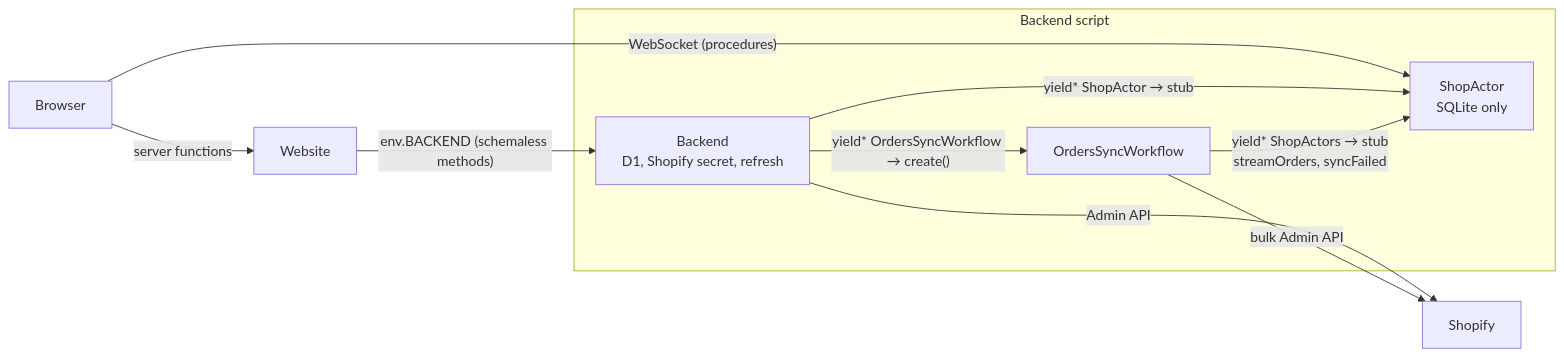
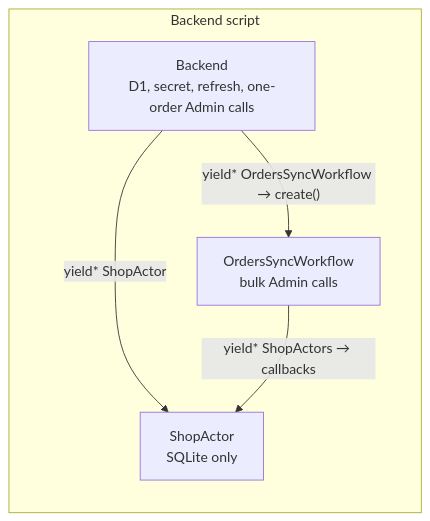
One commit to mw10013/alchemy-sandbox1 changed the third of 6 diagrams in docs/actor-workflow-wiring-research.md. Above: the diagram before and after it, drawn with Mermaid. The commit also changed other lines of this file, not shown here.

Commit message:
Rewrite the actor and Workflow wiring research from Alchemy's model

````diff
--- a/docs/actor-workflow-wiring-research.md
+++ b/docs/actor-workflow-wiring-research.md
@@ -78,16 +93,11 @@
 ```mermaid
 flowchart LR
-  B["Browser"] -- "server functions" --> WS["Website"]
-  B -- "WebSocket (procedures)" --> A
-  WS -- "env.BACKEND (schemaless methods)" --> BE
   subgraph be["Backend script"]
-    BE["Backend<br/>D1, Shopify secret, refresh"]
+    BE["Backend<br/>D1, secret, refresh, one-order Admin calls"]
     A["ShopActor<br/>SQLite only"]
-    WF["OrdersSyncWorkflow"]
+    WF["OrdersSyncWorkflow<br/>bulk Admin calls"]
   end
-  BE -- "yield* ShopActor → stub" --> A
+  BE -- "yield* ShopActor" --> A
   BE -- "yield* OrdersSyncWorkflow → create()" --> WF
-  WF -- "yield* ShopActors → stub<br/>streamOrders, syncFailed" --> A
-  BE -- "Admin API" --> SH["Shopify"]
-  WF -- "bulk Admin API" --> SH
+  WF -- "yield* ShopActors → callbacks" --> A
 ```
````
